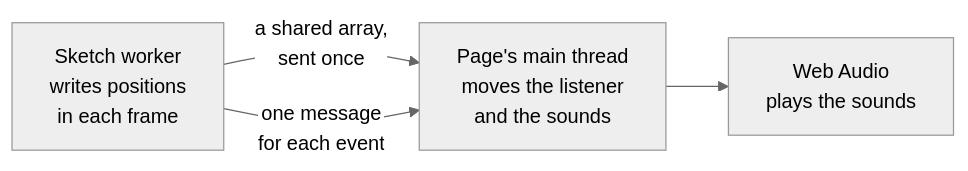
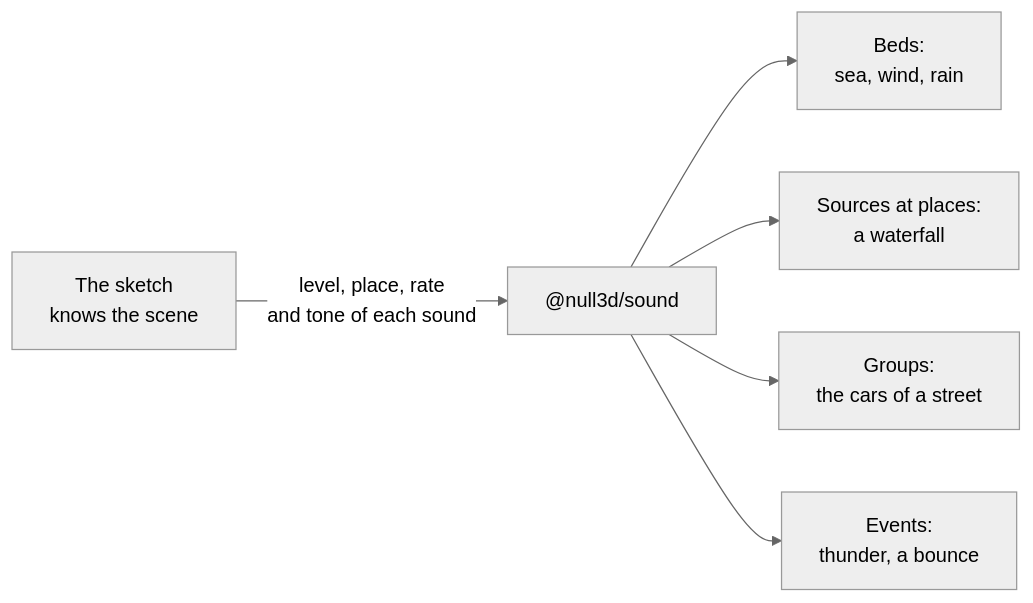
Before and after one commit to null3d-engine/null3d: the diagram in docs/guides/audio.md, drawn with Mermaid (neutral theme). The commit also changed other lines of this file and 47 other files, not shown here.

````diff
--- a/docs/guides/audio.md
+++ b/docs/guides/audio.md
@@ -13,6 +13,8 @@
 ```mermaid
 flowchart LR
-    sketch["Sketch worker<br/>writes positions<br/>in each frame"] -- "a shared array,<br/>sent once" --> page["Page's main thread<br/>moves the listener<br/>and the sounds"]
-    sketch -- "one message<br/>for each event" --> page
-    page --> audio["Web Audio<br/>plays the sounds"]
+    scene["The sketch<br/>knows the scene"] -- "level, place, rate<br/>and tone of each sound" --> sound["@null3d/sound"]
+    sound --> bed["Beds:<br/>sea, wind, rain"]
+    sound --> spot["Sources at places:<br/>a waterfall"]
+    sound --> group["Groups:<br/>the cars of a street"]
+    sound --> shot["Events:<br/>thunder, a bounce"]
 ```
````
